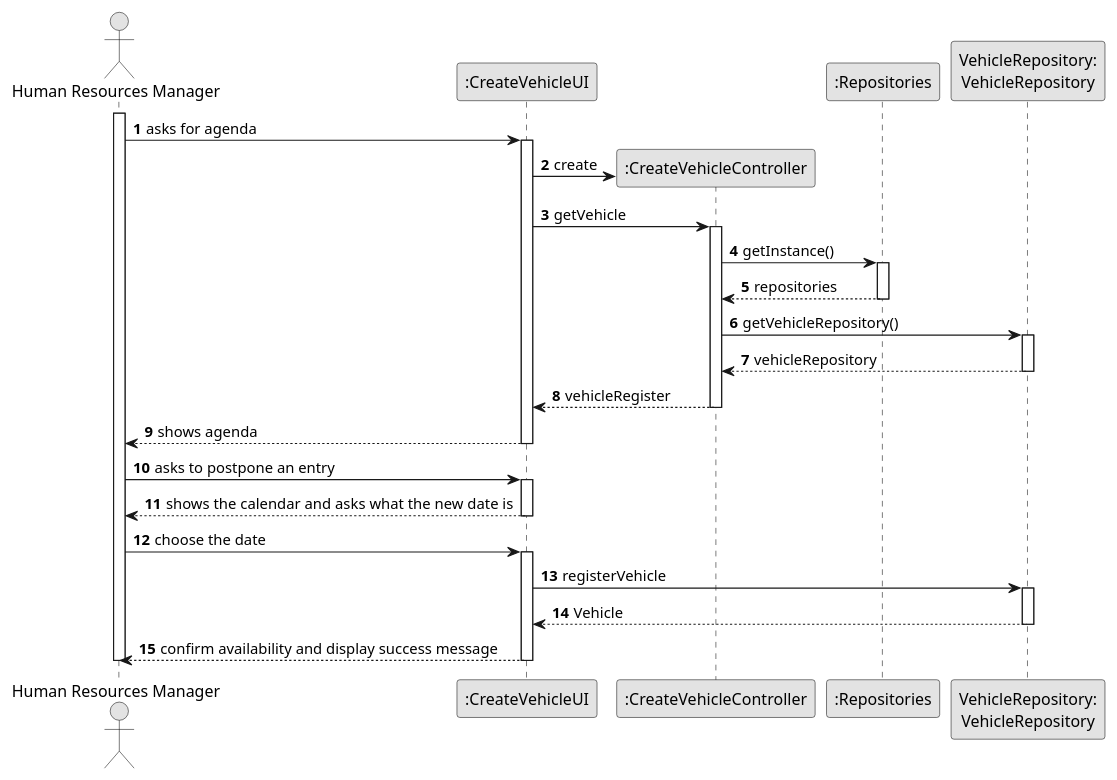
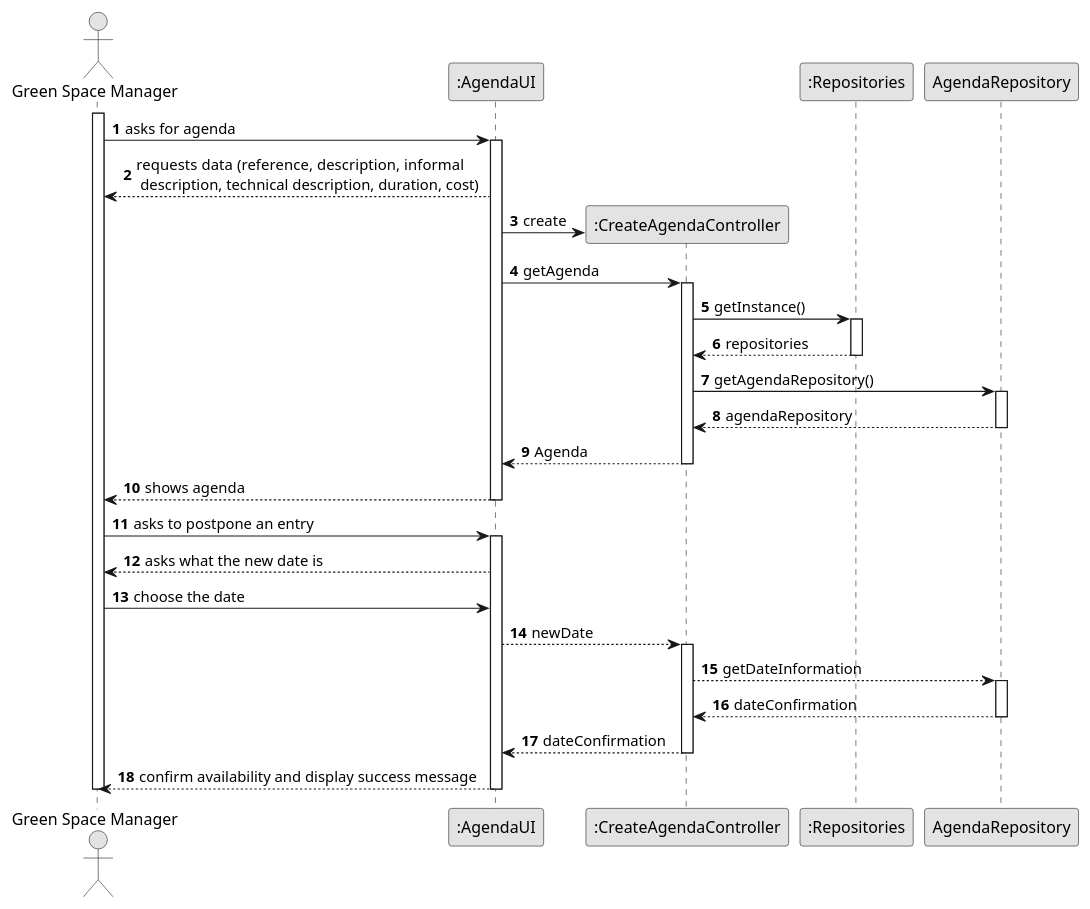
The diagram in docs/sprintC/us024/03.design/puml/us024-sequence-diagram-full.puml (Departamento-de-Engenharia-Informatica/lei-24-s2-1dl-g121), drawn with PlantUML before and after one commit.

Commit message:
sequence diagram us24

```diff
--- a/docs/sprintC/us024/03.design/puml/us024-sequence-diagram-full.puml
+++ b/docs/sprintC/us024/03.design/puml/us024-sequence-diagram-full.puml
@@ -1,73 +1,77 @@
 @startuml
 skinparam monochrome true
 skinparam packageStyle rectangle
 skinparam shadowing false
 
 autonumber
 
 'hide footbox
-actor "Human Resources Manager" as ADM
-participant ":CreateVehicleUI" as UI
-participant ":CreateVehicleController" as CTRL
+actor "Green Space Manager" as ADM
+participant ":AgendaUI" as UI
+participant ":CreateAgendaController" as CTRL
 participant ":Repositories" as RepositorySingleton
-participant "VehicleRepository:\nVehicleRepository" as TaskCategoryRepository
 
+participant "AgendaRepository" as Agenda
 
 activate ADM
 
         ADM -> UI : asks for agenda
 
         activate UI
 
-'            UI --> ADM : requests data (reference, description,  informal \n description, technical description, duration, cost)
-            'create CTRL
-            UI -> CTRL** : create
+                      UI --> ADM : requests data (reference, description,  informal \n description, technical description, duration, cost)
+                       'create CTRL
+                        UI -> CTRL** : create
 
-            UI -> CTRL : getVehicle
-            activate CTRL
+                        UI -> CTRL : getAgenda
+                        activate CTRL
 
-                CTRL -> RepositorySingleton : getInstance()
-                activate RepositorySingleton
+                            CTRL -> RepositorySingleton : getInstance()
+                            activate RepositorySingleton
 
-                    RepositorySingleton --> CTRL: repositories
-                deactivate RepositorySingleton
+                                RepositorySingleton --> CTRL: repositories
+                            deactivate RepositorySingleton
 
-                CTRL -> TaskCategoryRepository : getVehicleRepository()
-                activate TaskCategoryRepository
+                            CTRL -> Agenda : getAgendaRepository()
+                            activate Agenda
 
-                    TaskCategoryRepository --> CTRL: vehicleRepository
-                deactivate TaskCategoryRepository
+                                Agenda --> CTRL: agendaRepository
+                            deactivate Agenda
 
 
 
-                CTRL --> UI : vehicleRegister
-            deactivate CTRL
+                            CTRL --> UI : Agenda
+                    deactivate CTRL
 
             UI --> ADM : shows agenda
         deactivate UI
 
     ADM -> UI : asks to postpone an entry
     activate UI
 
-        UI --> ADM : shows the calendar and asks what the new date is
-    deactivate UI
+        UI --> ADM : asks what the new date is
+
 
     ADM -> UI : choose the date
-    activate UI
 
-    UI -> TaskCategoryRepository : registerVehicle
+    UI --> CTRL : newDate
+        activate CTRL
 
-        activate TaskCategoryRepository
+        CTRL -->Agenda : getDateInformation
 
-        TaskCategoryRepository --> UI : Vehicle
+        activate Agenda
 
+        Agenda --> CTRL : dateConfirmation
 
-        deactivate  TaskCategoryRepository
+        deactivate Agenda
+
+        CTRL --> UI : dateConfirmation
 
             deactivate CTRL
             UI --> ADM: confirm availability and display success message
+
     deactivate UI
 
 deactivate ADM
 
 @enduml
```
